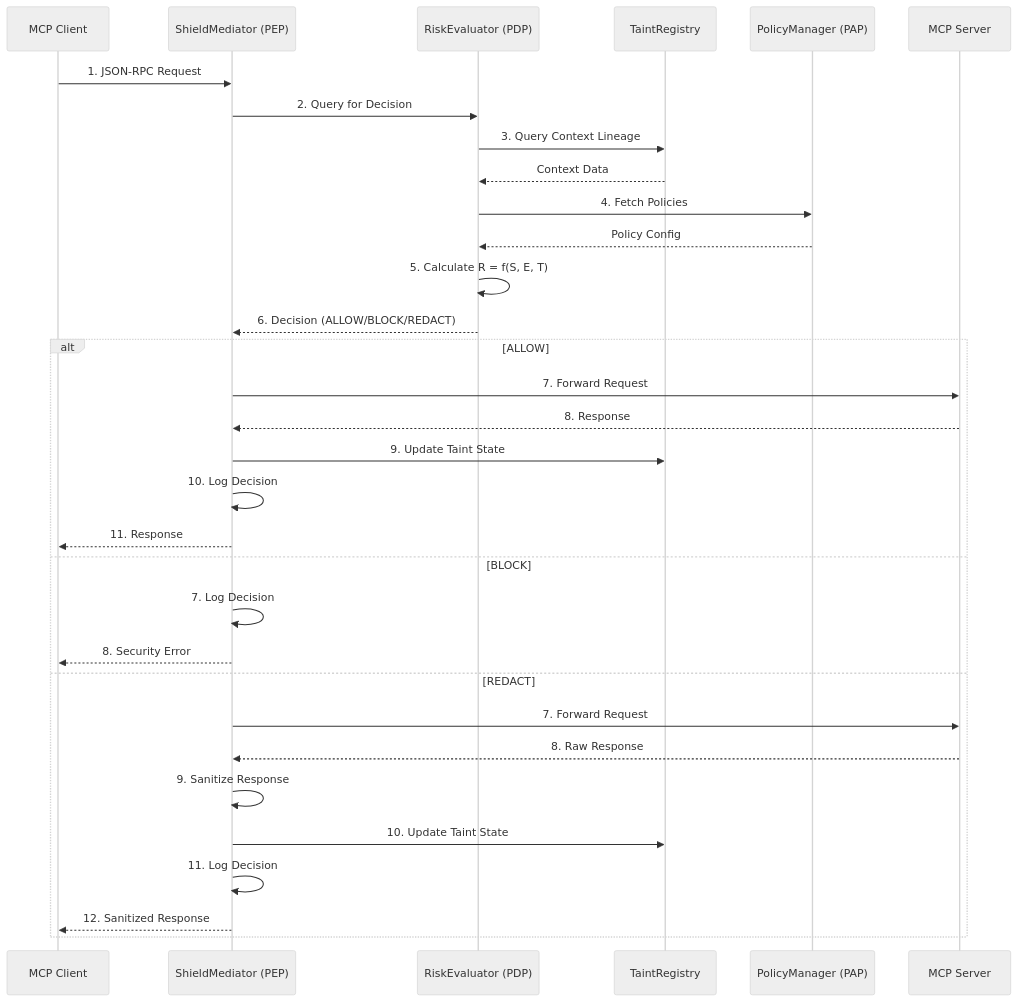
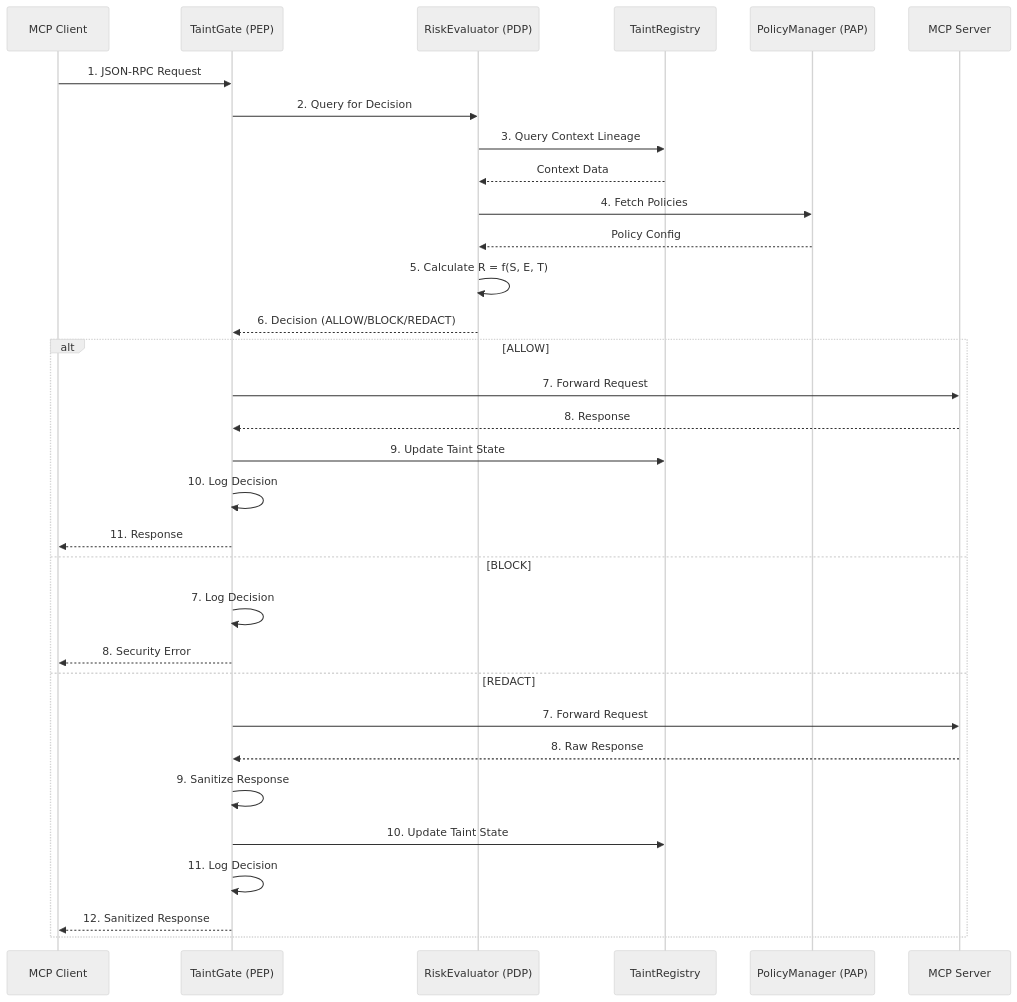
The fourth of 8 diagrams in ARCHITECTURE.md (kiranv926/mcp-shield), drawn with Mermaid (neutral theme) before and after one commit. The commit also changed other lines of this file and 67 other files, not shown here.

First line of the commit message:
refactor(brand): rename MCP-Shield -> TaintGate across the project

````diff
--- a/ARCHITECTURE.md
+++ b/ARCHITECTURE.md
@@ -389,36 +389,36 @@
 ```mermaid
 sequenceDiagram
     participant Client as MCP Client
-    participant PEP as ShieldMediator (PEP)
+    participant PEP as TaintGate (PEP)
     participant PDP as RiskEvaluator (PDP)
     participant TR as TaintRegistry
     participant PAP as PolicyManager (PAP)
     participant Server as MCP Server
 
     Client->>PEP: 1. JSON-RPC Request
     PEP->>PDP: 2. Query for Decision
     PDP->>TR: 3. Query Context Lineage
     TR-->>PDP: Context Data
     PDP->>PAP: 4. Fetch Policies
     PAP-->>PDP: Policy Config
     PDP->>PDP: 5. Calculate R = f(S, E, T)
     PDP-->>PEP: 6. Decision (ALLOW/BLOCK/REDACT)
     
     alt ALLOW
         PEP->>Server: 7. Forward Request
         Server-->>PEP: 8. Response
         PEP->>TR: 9. Update Taint State
         PEP->>PEP: 10. Log Decision
         PEP-->>Client: 11. Response
     else BLOCK
         PEP->>PEP: 7. Log Decision
         PEP-->>Client: 8. Security Error
     else REDACT
         PEP->>Server: 7. Forward Request
         Server-->>PEP: 8. Raw Response
         PEP->>PEP: 9. Sanitize Response
         PEP->>TR: 10. Update Taint State
         PEP->>PEP: 11. Log Decision
         PEP-->>Client: 12. Sanitized Response
     end
 ```
````
